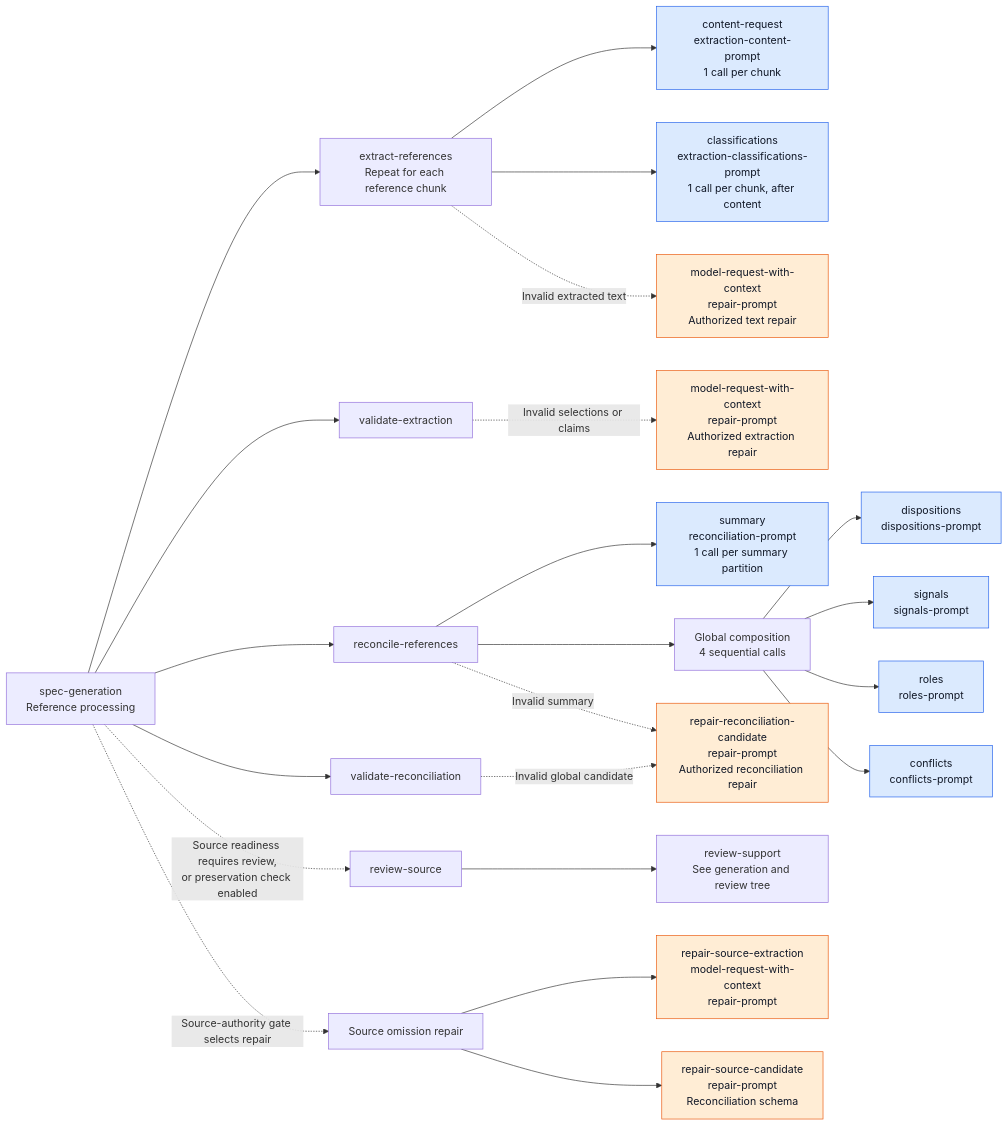
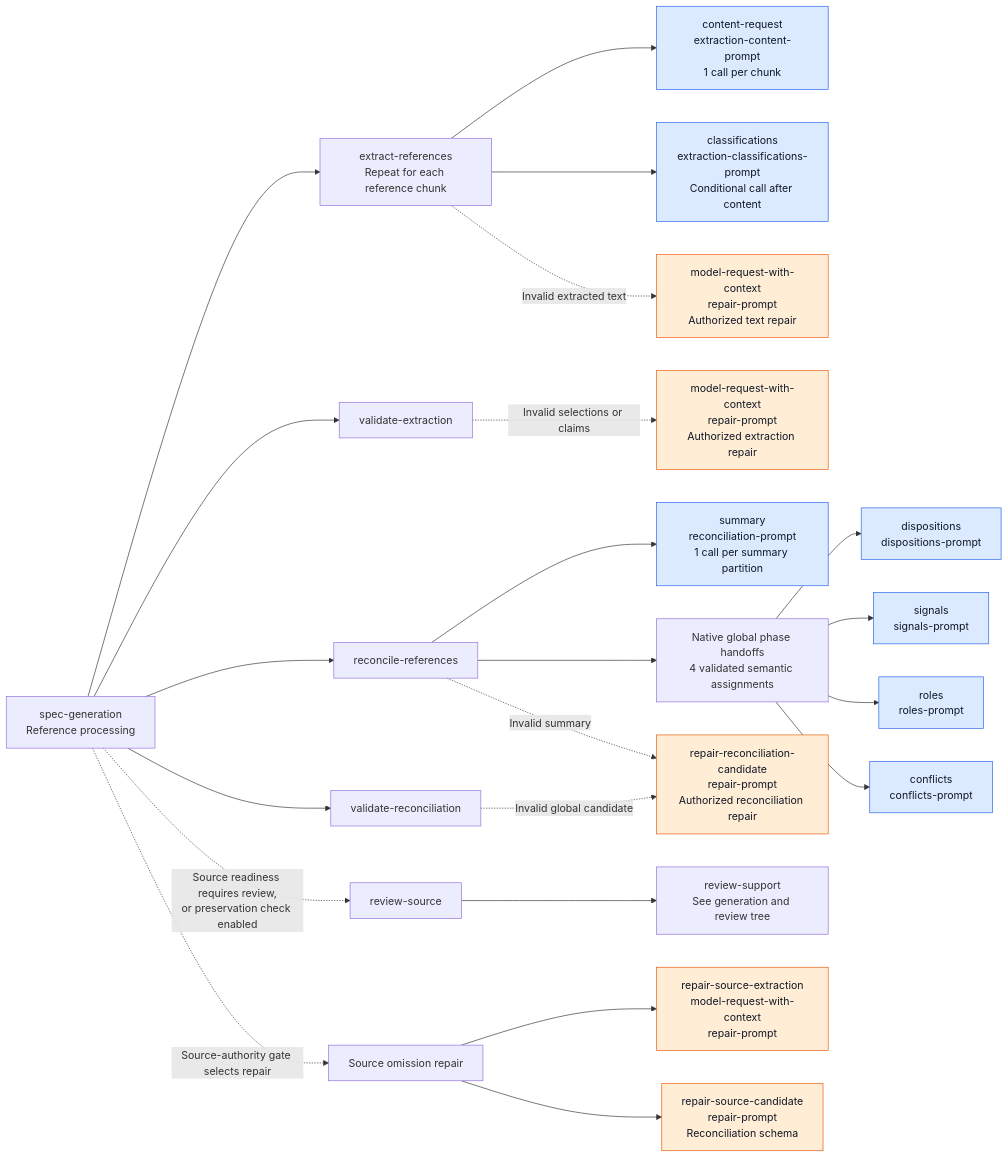
One commit to littledespot/sdde changed the first of 3 diagrams in design/diagrams/21-spec-model-call-tree.md. Above: the diagram before and after it, drawn with Mermaid. The commit also changed other lines of this file and 78 other files, not shown here.

````diff
--- a/design/diagrams/21-spec-model-call-tree.md
+++ b/design/diagrams/21-spec-model-call-tree.md
@@ -21,34 +22,34 @@
 ```mermaid
 flowchart LR
     ROOT["spec-generation<br/>Reference processing"]
     ROOT --> EX["extract-references<br/>Repeat for each reference chunk"]
     EX --> CONTENT["content-request<br/>extraction-content-prompt<br/>1 call per chunk"]
-    EX --> CLASSIFICATIONS["classifications<br/>extraction-classifications-prompt<br/>1 call per chunk, after content"]
+    EX --> CLASSIFICATIONS["classifications<br/>extraction-classifications-prompt<br/>Conditional call after content"]
     EX -. "Invalid extracted text" .-> TEXT_REPAIR["model-request-with-context<br/>repair-prompt<br/>Authorized text repair"]
 
     ROOT --> VALIDATE_EX["validate-extraction"]
     VALIDATE_EX -. "Invalid selections or claims" .-> EX_REPAIR["model-request-with-context<br/>repair-prompt<br/>Authorized extraction repair"]
 
     ROOT --> RC["reconcile-references"]
     RC --> SUMMARY["summary<br/>reconciliation-prompt<br/>1 call per summary partition"]
-    RC --> GLOBAL["Global composition<br/>4 sequential calls"]
+    RC --> GLOBAL["Native global phase handoffs<br/>4 validated semantic assignments"]
     GLOBAL --> DISPOSITIONS["dispositions<br/>dispositions-prompt"]
     GLOBAL --> SIGNALS["signals<br/>signals-prompt"]
     GLOBAL --> ROLES["roles<br/>roles-prompt"]
     GLOBAL --> CONFLICTS["conflicts<br/>conflicts-prompt"]
     RC -. "Invalid summary" .-> RC_REPAIR["repair-reconciliation-candidate<br/>repair-prompt<br/>Authorized reconciliation repair"]
 
     ROOT --> VALIDATE_RC["validate-reconciliation"]
     VALIDATE_RC -. "Invalid global candidate" .-> RC_REPAIR
 
     ROOT -. "Source readiness requires review,<br/>or preservation check enabled" .-> SOURCE["review-source"]
     SOURCE --> SUPPORT["review-support<br/>See generation and review tree"]
     ROOT -. "Source-authority gate selects repair" .-> UPSTREAM["Source omission repair"]
     UPSTREAM --> SOURCE_EX["repair-source-extraction<br/>model-request-with-context<br/>repair-prompt"]
     UPSTREAM --> SOURCE_RC["repair-source-candidate<br/>repair-prompt<br/>Reconciliation schema"]
 
     classDef model fill:#dbeafe,stroke:#2563eb,color:#111827;
     classDef repair fill:#ffedd5,stroke:#ea580c,color:#111827;
     class CONTENT,CLASSIFICATIONS,SUMMARY,DISPOSITIONS,SIGNALS,ROLES,CONFLICTS model;
     class TEXT_REPAIR,EX_REPAIR,RC_REPAIR,SOURCE_EX,SOURCE_RC repair;
 ```
````
